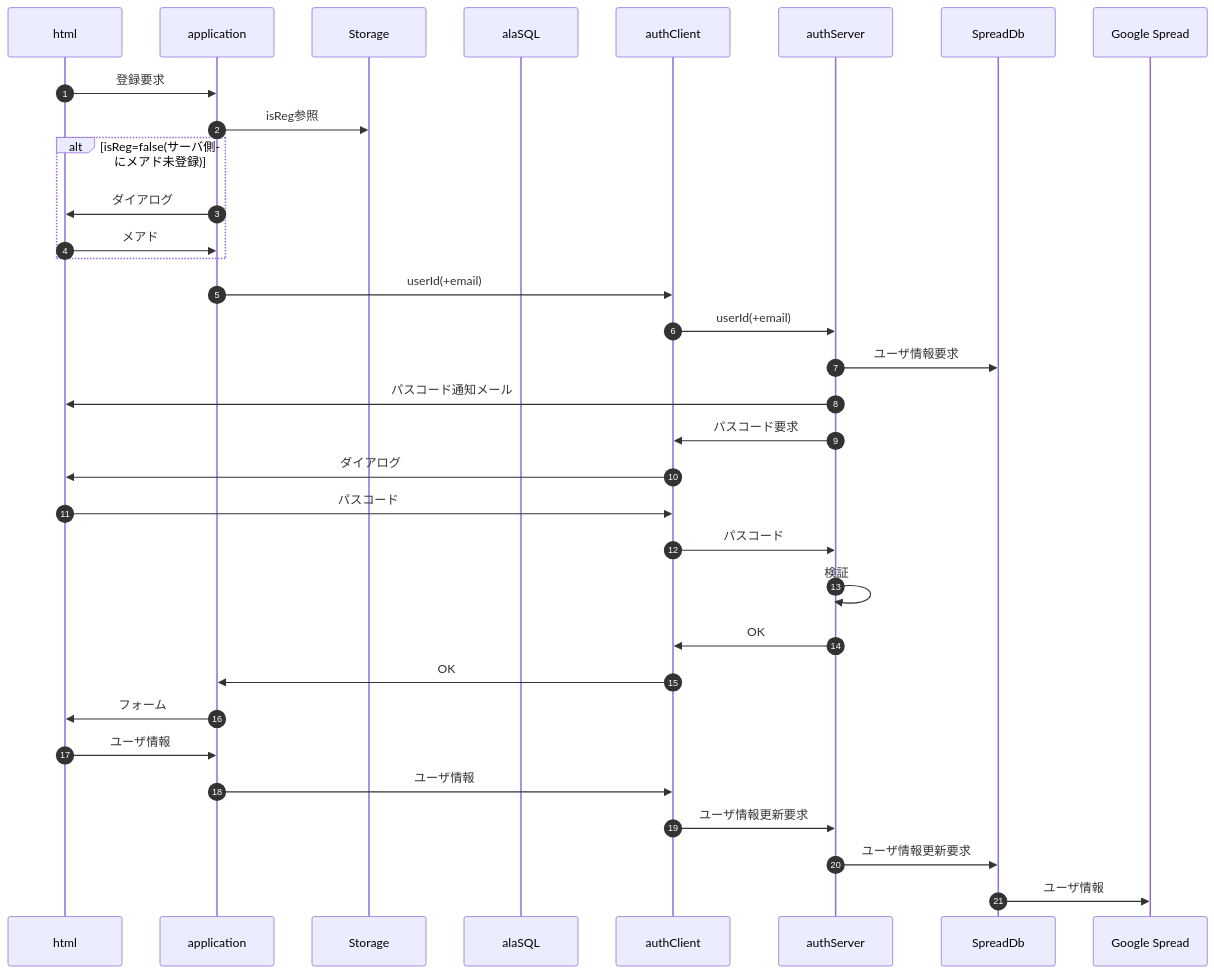
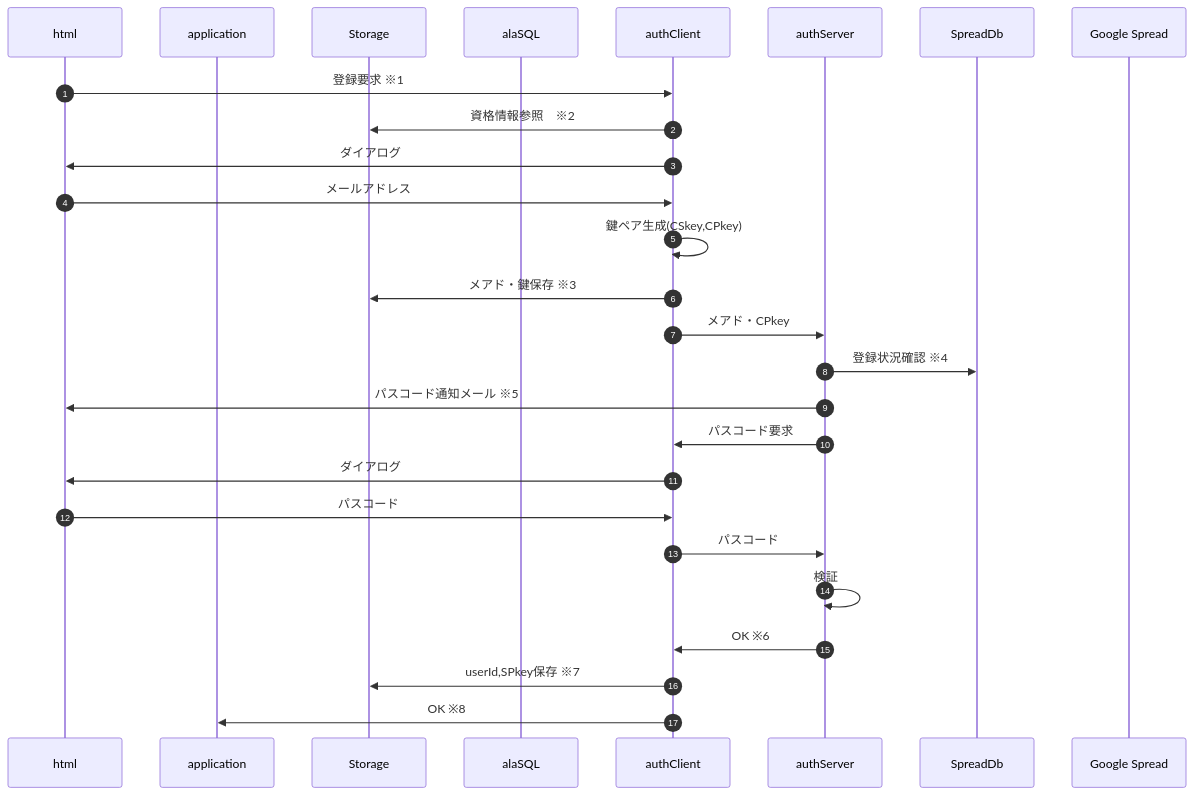
The diagram in Auth/1.1.0/doc/regist.mermaid (nakaone/library), drawn with Mermaid before and after one commit. The commit also changed 3 other files, not shown here.

```diff
--- a/Auth/1.1.0/doc/regist.mermaid
+++ b/Auth/1.1.0/doc/regist.mermaid
@@ -1,36 +1,40 @@
 sequenceDiagram
   autonumber
   participant html
   participant ap as application
   participant st as Storage
   participant db as alaSQL
   participant cl as authClient
   participant sv as authServer
   participant sp as SpreadDb
   participant sh as Google Spread
 
-%% メンバ登録(フォーム)
-html ->> ap : 登録要求
-ap ->> st : isReg参照
-alt isReg=false(サーバ側にメアド未登録)
-  ap ->> html : ダイアログ
-  html ->> ap : メアド
-end
-ap ->> cl : userId(+email)
-cl ->> sv : userId(+email)
-sv ->> sp : ユーザ情報要求
-sv ->> html : パスコード通知メール
+%% メンバ登録
+
+html ->> cl : 登録要求 ※1
+  %%※1: authClient.regist()を呼び出し。application経由も可。
+cl ->> st : 資格情報参照　※2
+  %%※2: userId, CPkeyをブラウザのlocal/sessionStorageから取得できないか試行。<br>なおこの段階では空振りするはず(何れも存在しない)
+cl ->> html : ダイアログ
+html ->> cl : メールアドレス
+cl ->> cl : 鍵ペア生成(CSkey,CPkey)
+cl ->> st : メアド・鍵保存 ※3
+  %%※3: メールアドレス、CP/CSkeyはsessionStorageに保存
+cl ->> sv : メアド・CPkey
+sv ->> sp : 登録状況確認 ※4
+  %%※4: 送付されたメールアドレスがアカウント一覧に登録されていないか確認<br>未登録ならuserIdを採番しメアドとCPkeyをアカウント一覧に登録
+sv ->> html : パスコード通知メール ※5
+  %%※5: 図ではhtml(ブラウザ)宛になっているが、実際にはメーラで確認
 sv ->> cl : パスコード要求
 cl ->> html : ダイアログ
 html ->> cl : パスコード
 cl ->> sv : パスコード
 sv ->> sv : 検証
-sv ->> cl : OK
-cl ->> ap : OK
+sv ->> cl : OK ※6
+  %%※6: 採番されたuserId、サーバ側公開鍵(SPkey)も併せて通知
+cl ->> st : userId,SPkey保存 ※7
+  %%※7: userIdはlocalStorageに、SPkeyはsessionStorageに保存
+cl ->> ap : OK ※8
+  %%※8: 以降、アカウント情報編集画面に遷移
 
-ap ->> html : フォーム
-html ->> ap : ユーザ情報
-ap ->> cl : ユーザ情報
-cl ->> sv : ユーザ情報更新要求
-sv ->> sp : ユーザ情報更新要求
-sp ->> sh : ユーザ情報
+%% 注釈のみ残す正規表現：^(?!\s*%%※).*\n+
```
